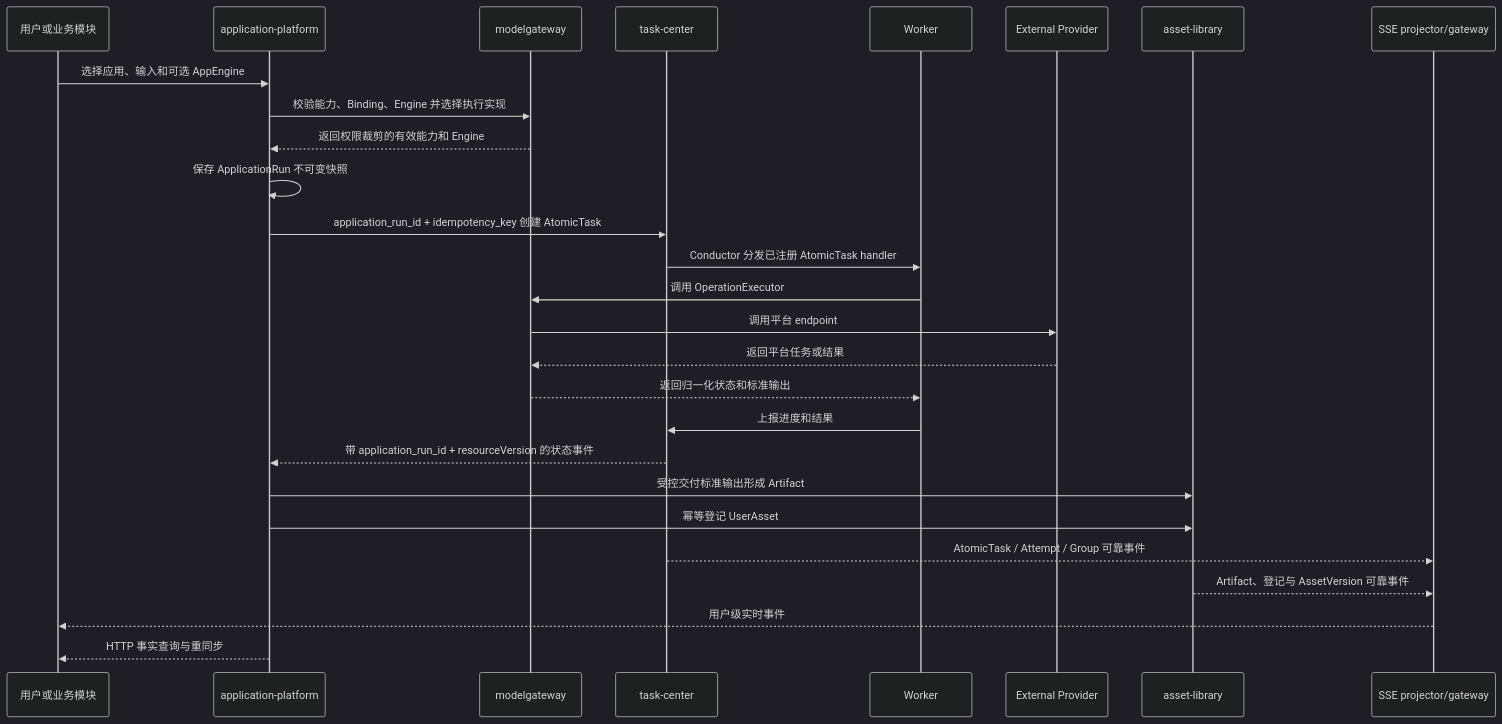
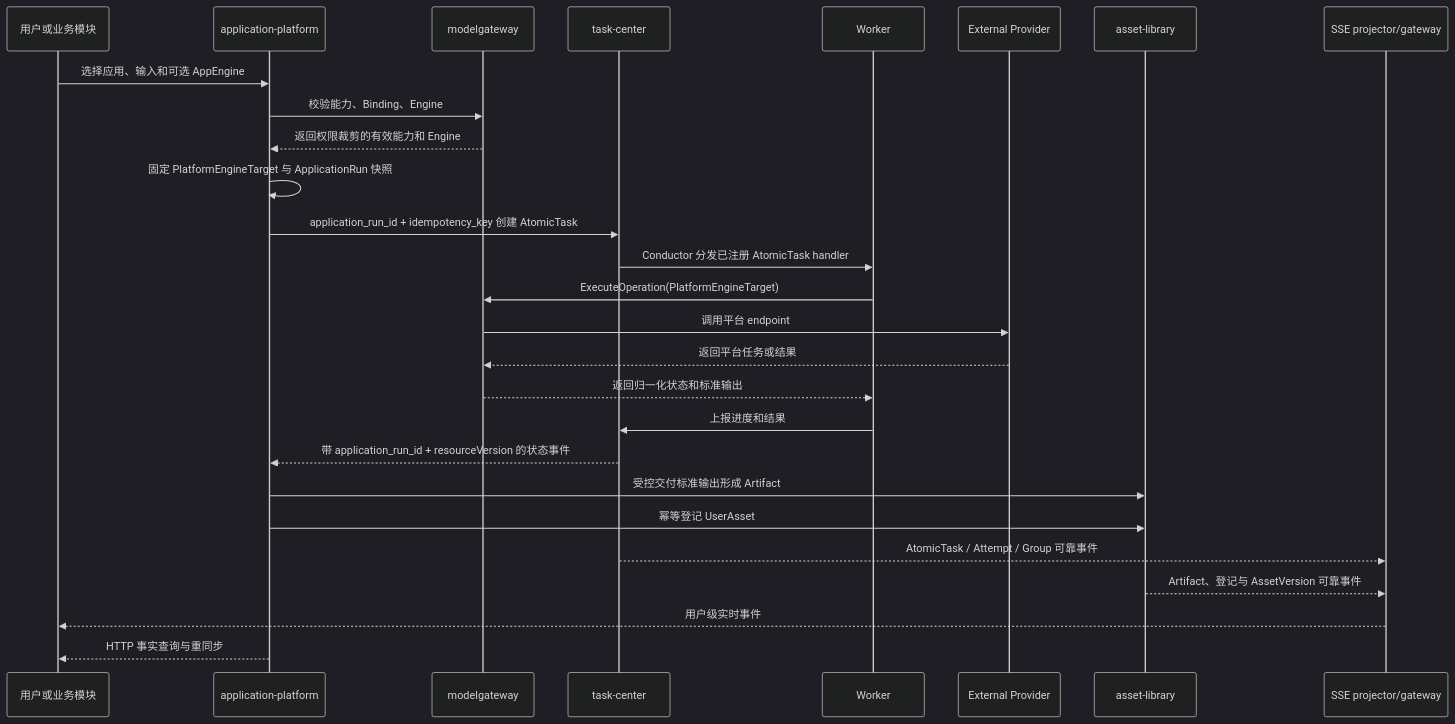
Before and after one commit to wangweihong/omnimam-spec: the fourth of 5 diagrams in 02_architecture/global-architecture.md, drawn with Mermaid (dark theme). The commit also changed other lines of this file and 43 other files, not shown here.

````diff
--- a/02_architecture/global-architecture.md
+++ b/02_architecture/global-architecture.md
@@ -142,30 +150,30 @@
 ```mermaid
 sequenceDiagram
   participant User as 用户或业务模块
   participant App as application-platform
   participant Gateway as modelgateway
   participant Task as task-center
   participant Worker as Worker
   participant Engine as External Provider
   participant Asset as asset-library
   participant SSE as SSE projector/gateway
 
   User->>App: 选择应用、输入和可选 AppEngine
-  App->>Gateway: 校验能力、Binding、Engine 并选择执行实现
+  App->>Gateway: 校验能力、Binding、Engine
   Gateway-->>App: 返回权限裁剪的有效能力和 Engine
-  App->>App: 保存 ApplicationRun 不可变快照
+  App->>App: 固定 PlatformEngineTarget 与 ApplicationRun 快照
   App->>Task: application_run_id + idempotency_key 创建 AtomicTask
   Task->>Worker: Conductor 分发已注册 AtomicTask handler
-  Worker->>Gateway: 调用 OperationExecutor
+  Worker->>Gateway: ExecuteOperation(PlatformEngineTarget)
   Gateway->>Engine: 调用平台 endpoint
   Engine-->>Gateway: 返回平台任务或结果
   Gateway-->>Worker: 返回归一化状态和标准输出
   Worker->>Task: 上报进度和结果
   Task-->>App: 带 application_run_id + resourceVersion 的状态事件
   App->>Asset: 受控交付标准输出形成 Artifact
   App->>Asset: 幂等登记 UserAsset
   Task-->>SSE: AtomicTask / Attempt / Group 可靠事件
   Asset-->>SSE: Artifact、登记与 AssetVersion 可靠事件
   SSE-->>User: 用户级实时事件
   App-->>User: HTTP 事实查询与重同步
 ```
````
